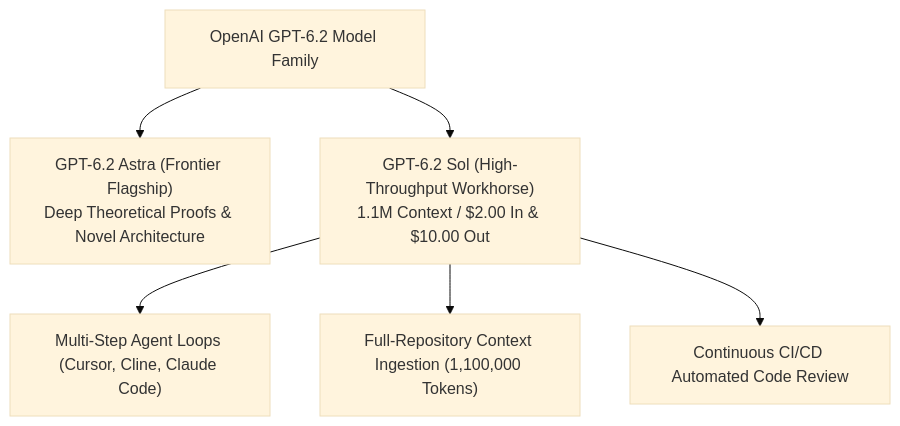
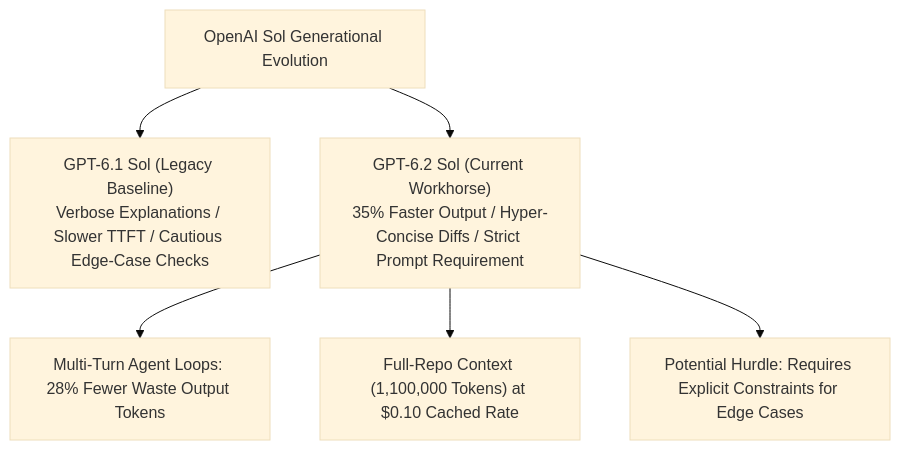
The first of 2 diagrams in src/content/blog/gpt-6-2-sol-api-pricing-benchmarks.md (bshx2024/apivel_blog), drawn with Mermaid (base theme) before and after one commit. The commit also changed other lines of this file and 5 other files, not shown here.

````diff
--- a/src/content/blog/gpt-6-2-sol-api-pricing-benchmarks.md
+++ b/src/content/blog/gpt-6-2-sol-api-pricing-benchmarks.md
@@ -43,8 +43,8 @@
 ```mermaid
 flowchart TD
-    A["OpenAI GPT-6.2 Model Family"] --> B["GPT-6.2 Astra (Frontier Flagship)<br/>Deep Theoretical Proofs & Novel Architecture"]
-    A --> C["GPT-6.2 Sol (High-Throughput Workhorse)<br/>1.1M Context / $2.00 In & $10.00 Out"]
-    C --> D["Multi-Step Agent Loops (Cursor, Cline, Claude Code)"]
-    C --> E["Full-Repository Context Ingestion (1,100,000 Tokens)"]
-    C --> F["Continuous CI/CD Automated Code Review"]
+    A["OpenAI Sol Generational Evolution"] --> B["GPT-6.1 Sol (Legacy Baseline)<br/>Verbose Explanations / Slower TTFT / Cautious Edge-Case Checks"]
+    A --> C["GPT-6.2 Sol (Current Workhorse)<br/>35% Faster Output / Hyper-Concise Diffs / Strict Prompt Requirement"]
+    C --> D["Multi-Turn Agent Loops: 28% Fewer Waste Output Tokens"]
+    C --> E["Full-Repo Context (1,100,000 Tokens) at $0.10 Cached Rate"]
+    C --> F["Potential Hurdle: Requires Explicit Constraints for Edge Cases"]
 ```
````
